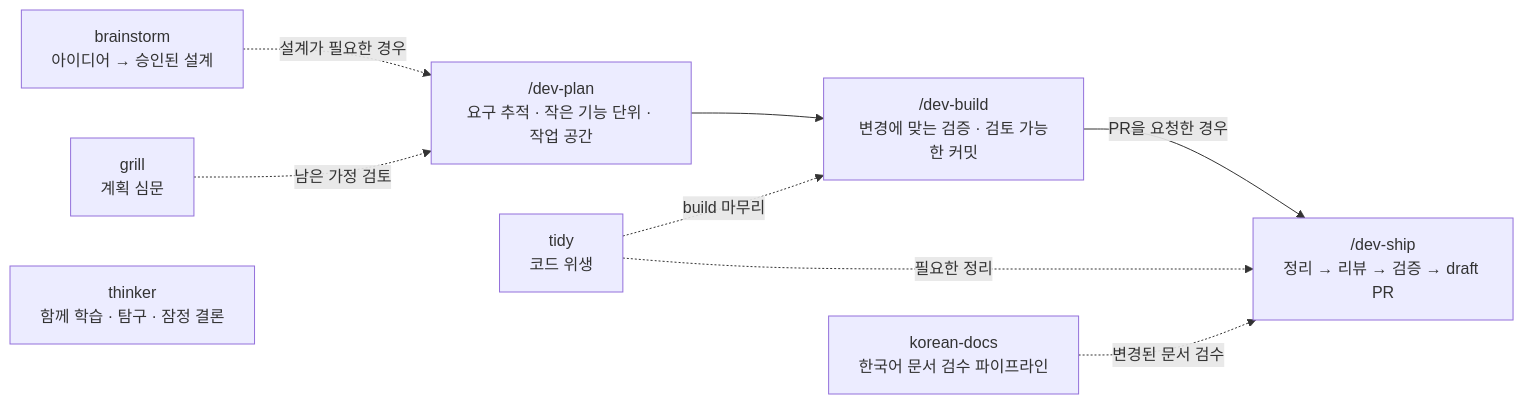
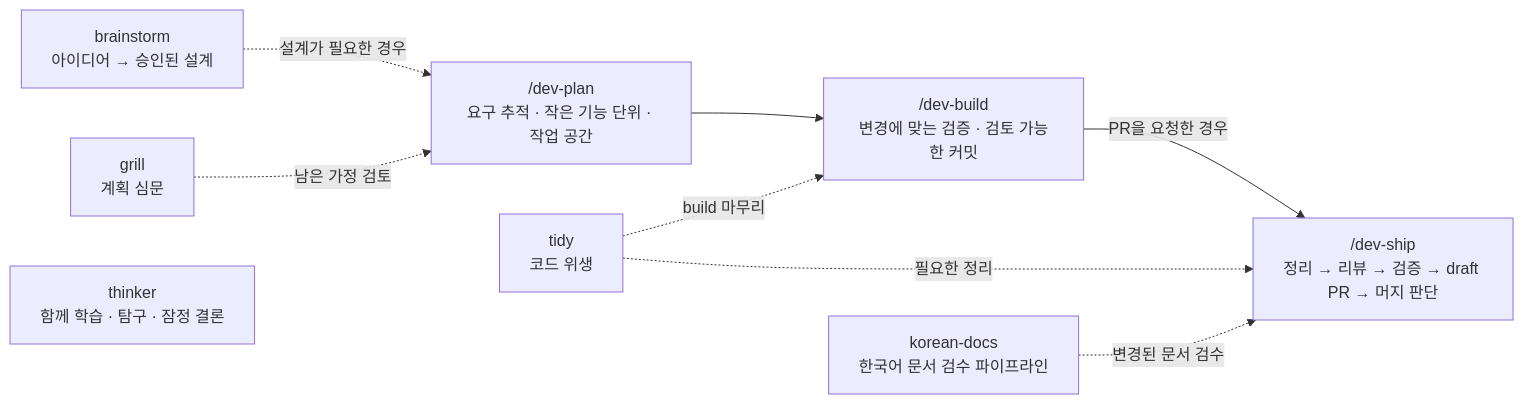
One commit to ruccess/skills changed the diagram in README.md. Above: the diagram before and after it, drawn with Mermaid. The commit also changed other lines of this file and 4 other files, not shown here.

````diff
--- a/README.md
+++ b/README.md
@@ -10,18 +10,18 @@
 ```mermaid
 flowchart LR
     P["/dev-plan<br/>요구 추적 · 작은 기능 단위 · 작업 공간"]
     B["/dev-build<br/>변경에 맞는 검증 · 검토 가능한 커밋"]
-    S["/dev-ship<br/>정리 → 리뷰 → 검증 → draft PR"]
+    S["/dev-ship<br/>정리 → 리뷰 → 검증 → draft PR → 머지 판단"]
     K["korean-docs<br/>한국어 문서 검수 파이프라인"]
     T["tidy<br/>코드 위생"]
     BR["brainstorm<br/>아이디어 → 승인된 설계"]
     G["grill<br/>계획 심문"]
     TH["thinker<br/>함께 학습 · 탐구 · 잠정 결론"]
     BR -.->|설계가 필요한 경우| P
     G -.->|남은 가정 검토| P
     P --> B
     B -->|PR을 요청한 경우| S
     T -.->|build 마무리| B
     T -.->|필요한 정리| S
     K -.->|변경된 문서 검수| S
 ```
````
